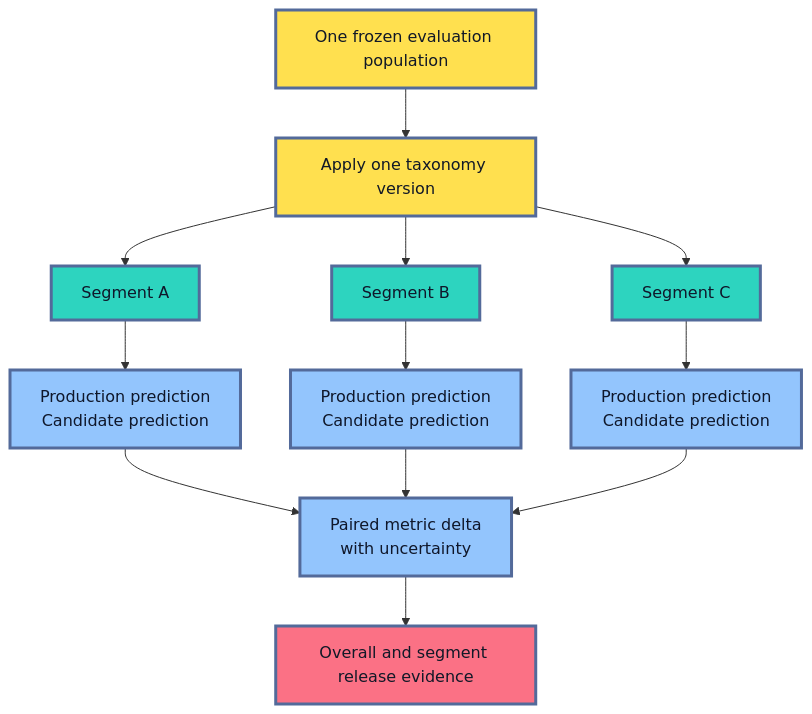
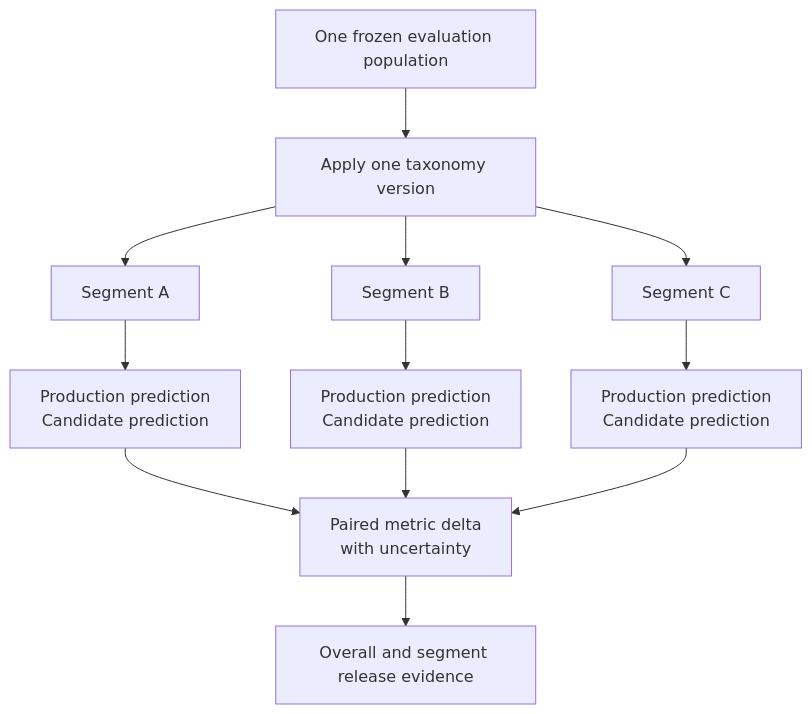
Before and after one commit to senlinyy/dev-roadmaps: the tenth of 12 diagrams in roadmaps/mlops/modules/model-evaluation/production-readiness/01-segment-evaluation-edge-cases.md, drawn with Mermaid. The commit also changed other lines of this file and 152 other files, not shown here.

Commit message:
feat: mlops and diagrams updated

````diff
--- a/roadmaps/mlops/modules/model-evaluation/production-readiness/01-segment-evaluation-edge-cases.md
+++ b/roadmaps/mlops/modules/model-evaluation/production-readiness/01-segment-evaluation-edge-cases.md
@@ -700,23 +670,19 @@
 ```mermaid
 flowchart TD
     A["One frozen evaluation population"] --> B["Apply one taxonomy version"]
     B --> C["Segment A"]
     B --> D["Segment B"]
     B --> E["Segment C"]
     C --> F["Production prediction<br/>Candidate prediction"]
     D --> G["Production prediction<br/>Candidate prediction"]
     E --> H["Production prediction<br/>Candidate prediction"]
     F --> I["Paired metric delta<br/>with uncertainty"]
     G --> I
     H --> I
     I --> J["Overall and segment release evidence"]
 
-    classDef population fill:#FFE04F,stroke:#536A9A,stroke-width:3px,color:#111827
-    classDef slice fill:#2DD4BF,stroke:#536A9A,stroke-width:3px,color:#0F172A
-    classDef compare fill:#93C5FD,stroke:#536A9A,stroke-width:3px,color:#0F172A
-    classDef result fill:#FB7185,stroke:#536A9A,stroke-width:3px,color:#111827
     class A,B population
     class C,D,E slice
     class F,G,H,I compare
     class J result
 ```
````
